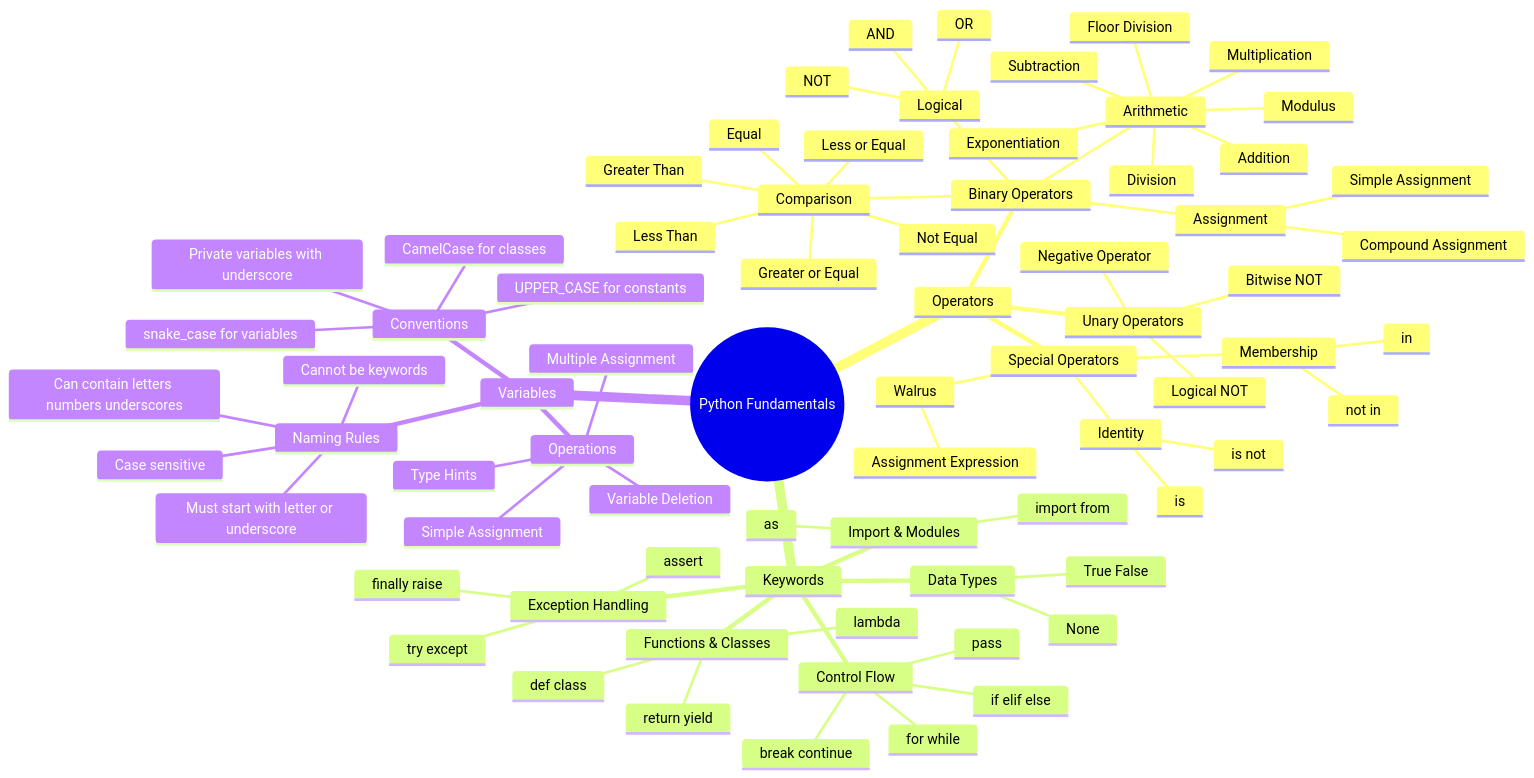
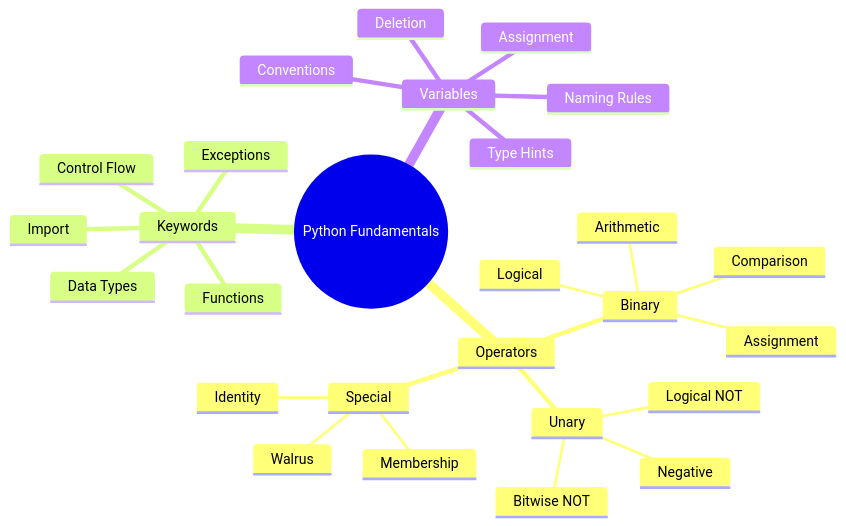
Diagram 15 of 15 in 00_python_colab/03_operators_keywords_variables/readme.md (sayyamsheikh42/Python-Learning-Material), drawn with Mermaid before and after one commit.

````diff
--- a/00_python_colab/03_operators_keywords_variables/readme.md
+++ b/00_python_colab/03_operators_keywords_variables/readme.md
@@ -735,77 +735,30 @@
 ```mermaid
 mindmap
   root((Python Fundamentals))
     Operators
-      Unary Operators
-        Negative Operator
+      Unary
+        Negative
         Logical NOT
         Bitwise NOT
-      Binary Operators
+      Binary
         Arithmetic
-          Addition
-          Subtraction
-          Multiplication
-          Division
-          Floor Division
-          Modulus
-          Exponentiation
         Comparison
-          Equal
-          Not Equal
-          Less Than
-          Greater Than
-          Less or Equal
-          Greater or Equal
         Logical
-          AND
-          OR
-          NOT
         Assignment
-          Simple Assignment
-          Compound Assignment
-      Special Operators
+      Special
         Identity
-          is
-          is not
         Membership
-          in
-          not in
         Walrus
-          Assignment Expression
     Keywords
       Control Flow
-        if elif else
-        for while
-        break continue
-        pass
       Data Types
-        True False
-        None
-      Functions & Classes
-        def class
-        return yield
-        lambda
-      Exception Handling
-        try except
-        finally raise
-        assert
-      Import & Modules
-        import from
-        as
+      Functions
+      Exceptions
+      Import
     Variables
       Naming Rules
-        Must start with letter or underscore
-        Can contain letters numbers underscores
-        Cannot be keywords
-        Case sensitive
       Conventions
-        snake_case for variables
-        CamelCase for classes
-        UPPER_CASE for constants
-        Private variables with underscore
-      Operations
-        Simple Assignment
-        Multiple Assignment
-        Type Hints
-        Variable Deletion
+      Assignment
+      Type Hints
+      Deletion
 ```
````
